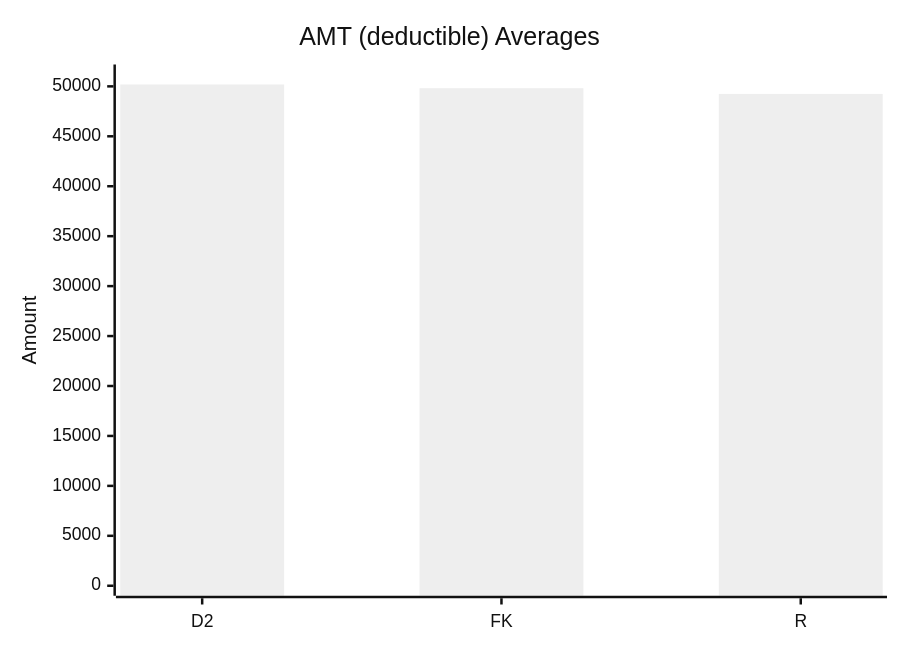
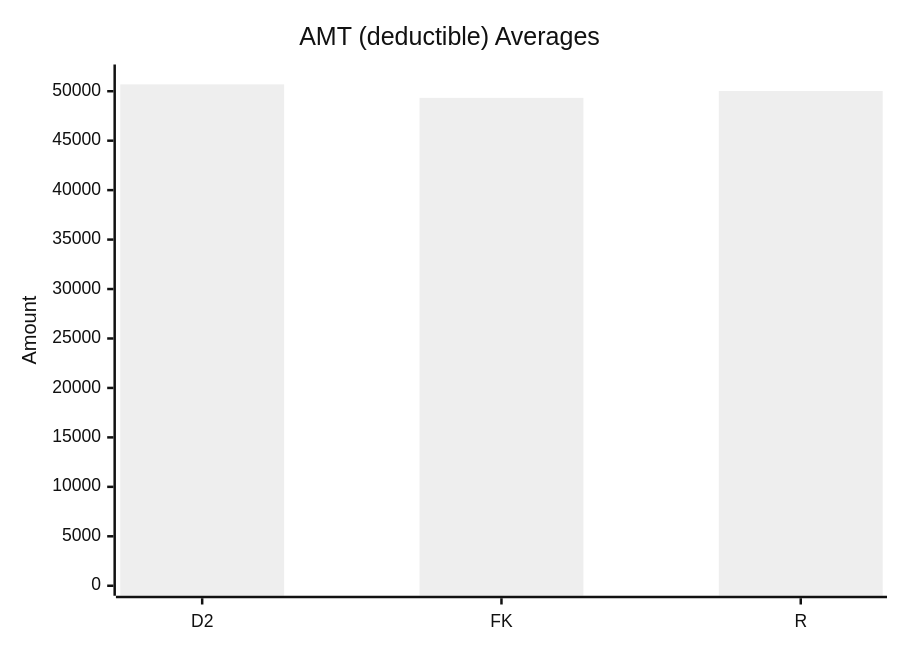
The ninth of 10 diagrams in test-tools/DataGen/src/Statistics_Visualizer.md (dhagan-va/intern-2025), drawn with Mermaid (neutral theme) before and after one commit. The commit also changed other lines of this file and 2 other files, not shown here.

````diff
--- a/test-tools/DataGen/src/Statistics_Visualizer.md
+++ b/test-tools/DataGen/src/Statistics_Visualizer.md
@@ -98,7 +98,7 @@
 ```mermaid
 xychart-beta
     title "AMT (deductible) Averages"
     x-axis ["D2", "FK", "R"]
-    y-axis "Amount" 0 --> 51188.104092953516
-    bar [50188.104092953516, 49817.734702648566, 49241.71635682155]
+    y-axis "Amount" 0 --> 51690.38481037922
+    bar [50690.38481037922, 49329.194091816375, 50026.423712574804]
 ```
````
